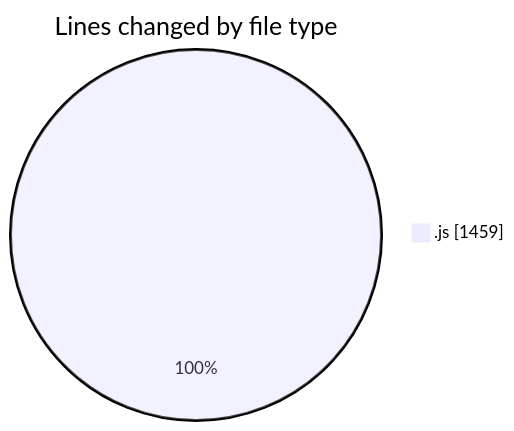
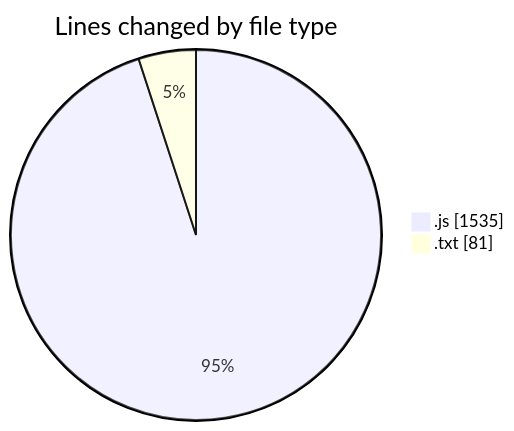
One commit to nxtqubesakshisongat/code-tracking changed the first of 2 diagrams in 2025-05-30/nxtqube_webapp/README.md. Above: the diagram before and after it, drawn with Mermaid. The commit also changed other lines of this file and 1 other file, not shown here.

````diff
--- a/2025-05-30/nxtqube_webapp/README.md
+++ b/2025-05-30/nxtqube_webapp/README.md
@@ -24,5 +25,6 @@
 ```mermaid
 pie showData
 title Lines changed by file type
-".js" : 1459
+".js" : 1535
+".txt" : 81
 ```
````
